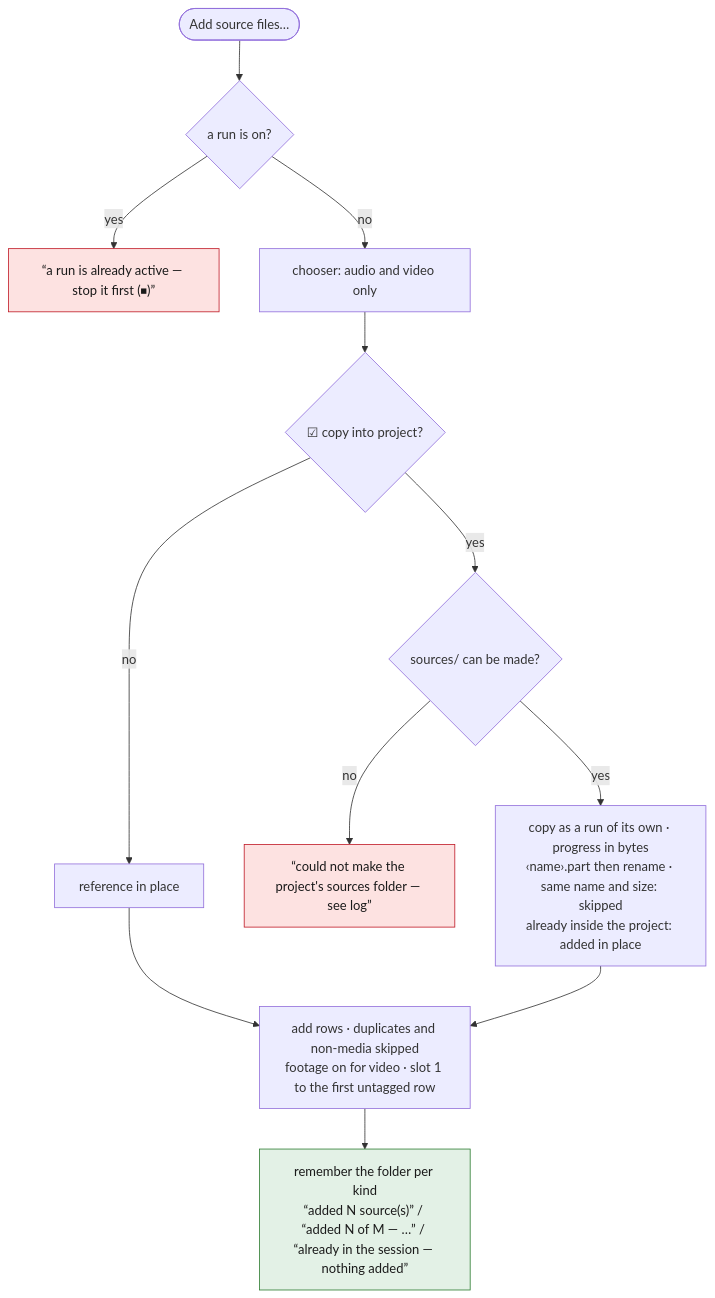
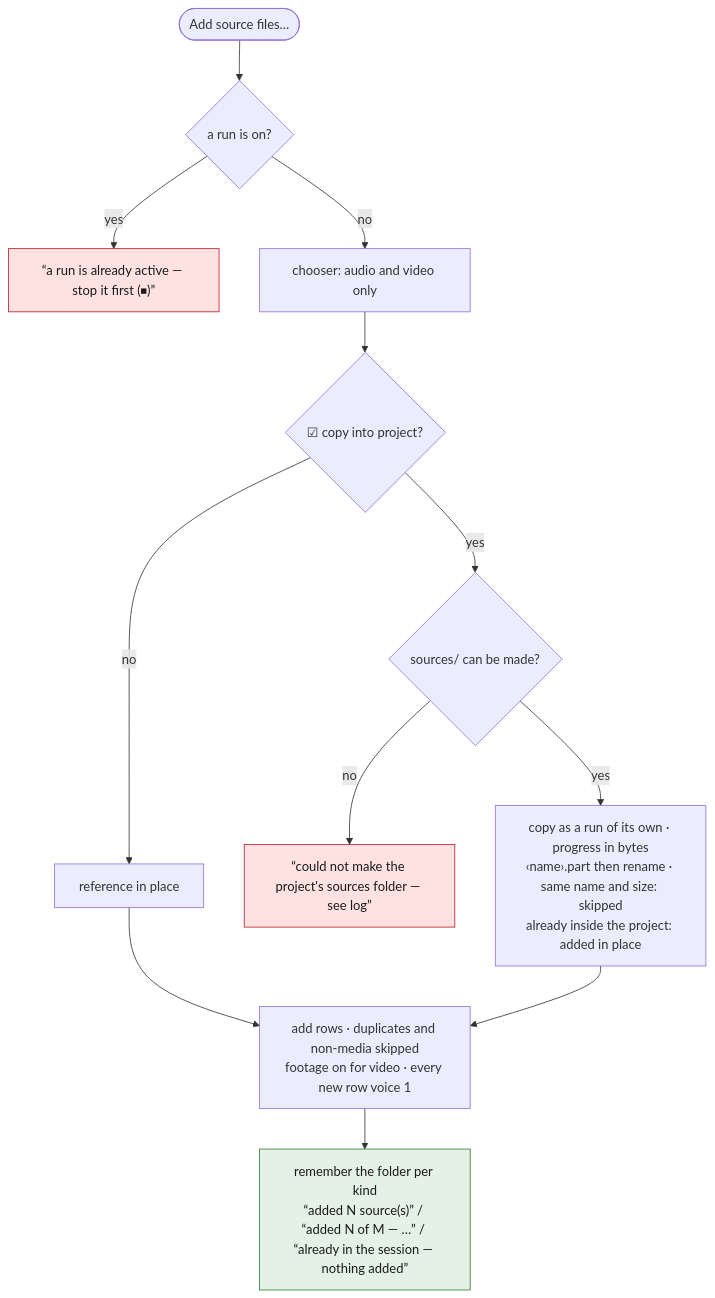
Before and after one commit to tbocek/naivepost: diagram 11 of 12 in spec/03-shell.md, drawn with Mermaid. The commit also changed other lines of this file and 537 other files, not shown here.

````diff
--- a/spec/03-shell.md
+++ b/spec/03-shell.md
@@ -277,16 +250,16 @@
 ```mermaid
 flowchart TD
   A(["Add source files…"]) --> R0{"a run is on?"}
   R0 -- yes --> R1["“a run is already active — stop it first (⏹)”"]:::refuse
   R0 -- no --> B["chooser: audio and video only"]
   B --> C{"☑ copy into project?"}
   C -- no --> REF["reference in place"]
   C -- yes --> MK{"sources/ can be made?"}
   MK -- no --> R2["“could not make the project's sources folder — see log”"]:::refuse
   MK -- yes --> CP["copy as a run of its own · progress in bytes<br/>‹name›.part then rename · same name and size: skipped<br/>already inside the project: added in place"]
   REF --> ADD
-  CP --> ADD["add rows · duplicates and non-media skipped<br/>footage on for video · slot 1 to the first untagged row"]
+  CP --> ADD["add rows · duplicates and non-media skipped<br/>footage on for video · every new row voice 1"]
   ADD --> S["remember the folder per kind<br/>“added N source(s)” / “added N of M — …” / “already in the session — nothing added”"]:::done
   classDef refuse fill:#fde2e1,stroke:#c01c28,color:#1a1a1a
   classDef done fill:#e3f1e6,stroke:#2e7d32,color:#1a1a1a
 ```
````
